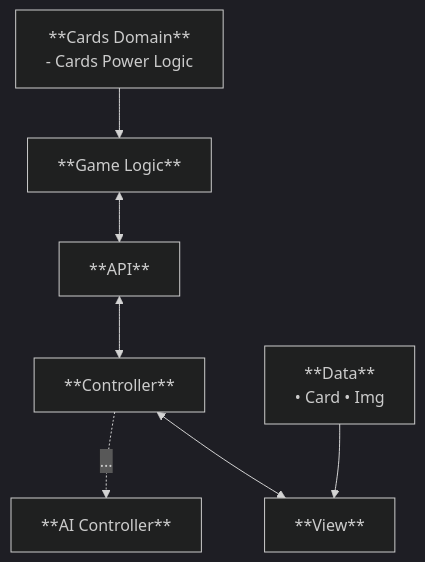
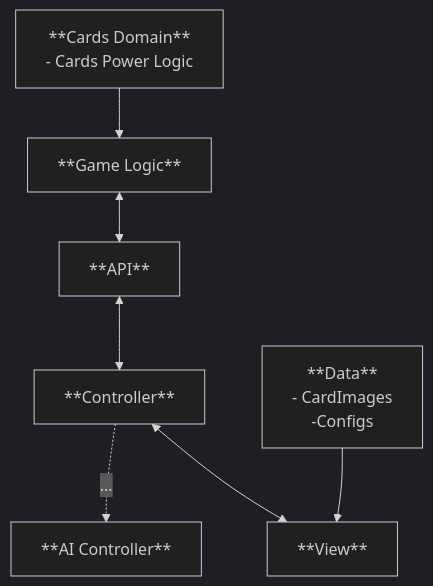
One commit to rurush47/card-war changed the diagram in docs/Design.mmd. Above: the diagram before and after it, drawn with Mermaid (dark theme). The commit also changed 2 other files, not shown here.

```diff
--- a/docs/Design.mmd
+++ b/docs/Design.mmd
@@ -1,17 +1,18 @@
 flowchart TD
     CD["**Cards Domain**
     - Cards Power Logic"]
     GL["**Game Logic**"]
     API["**API**"]
     CTRL["**Controller**"]
     AI["**AI Controller**"]
     VIEW["**View**"]
     DATA["**Data**
-    • Card • Img"]
-
+    - CardImages
+    -Configs"]
+    
     CD --> GL
     GL <--> API
     API <--> CTRL
     CTRL -. "..." .-> AI
     CTRL <--> VIEW
     DATA --> VIEW
```
